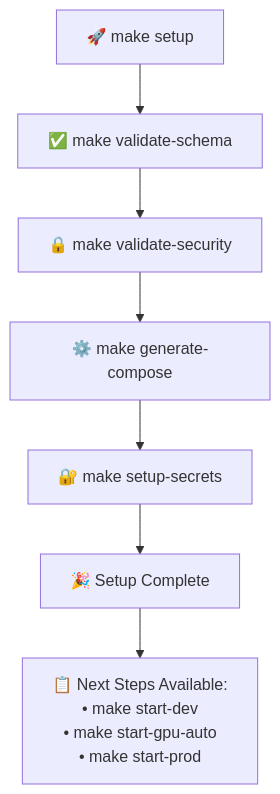
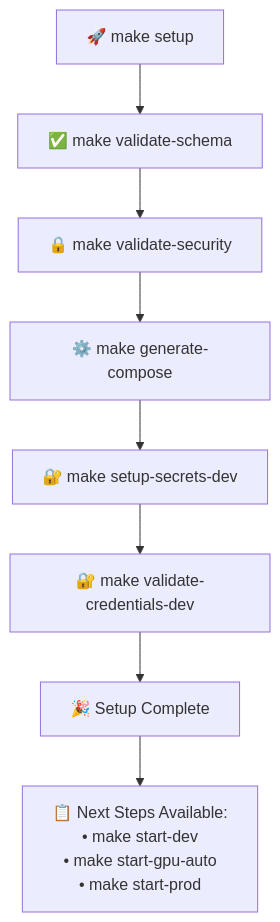
Before and after one commit to markwoitaszek/llm-multimodal-stack: the second of 6 diagrams in ENHANCED_WORKFLOW_DIAGRAM.md, drawn with Mermaid. The commit also changed other lines of this file and 13 other files, not shown here.

````diff
--- a/ENHANCED_WORKFLOW_DIAGRAM.md
+++ b/ENHANCED_WORKFLOW_DIAGRAM.md
@@ -170,10 +176,11 @@
 ```mermaid
 flowchart TD
     Start["🚀 make setup"] --> ValidateSchema["✅ make validate-schema"]
     ValidateSchema --> ValidateSecurity["🔒 make validate-security"]
     ValidateSecurity --> GenerateCompose["⚙️ make generate-compose"]
-    GenerateCompose --> SetupSecrets["🔐 make setup-secrets"]
-    SetupSecrets --> Complete["🎉 Setup Complete"]
+    GenerateCompose --> SetupSecrets["🔐 make setup-secrets-dev"]
+    SetupSecrets --> ValidateCredentials["🔐 make validate-credentials-dev"]
+    ValidateCredentials --> Complete["🎉 Setup Complete"]
     
     Complete --> NextSteps["📋 Next Steps Available:<br/>• make start-dev<br/>• make start-gpu-auto<br/>• make start-prod"]
 ```
````
